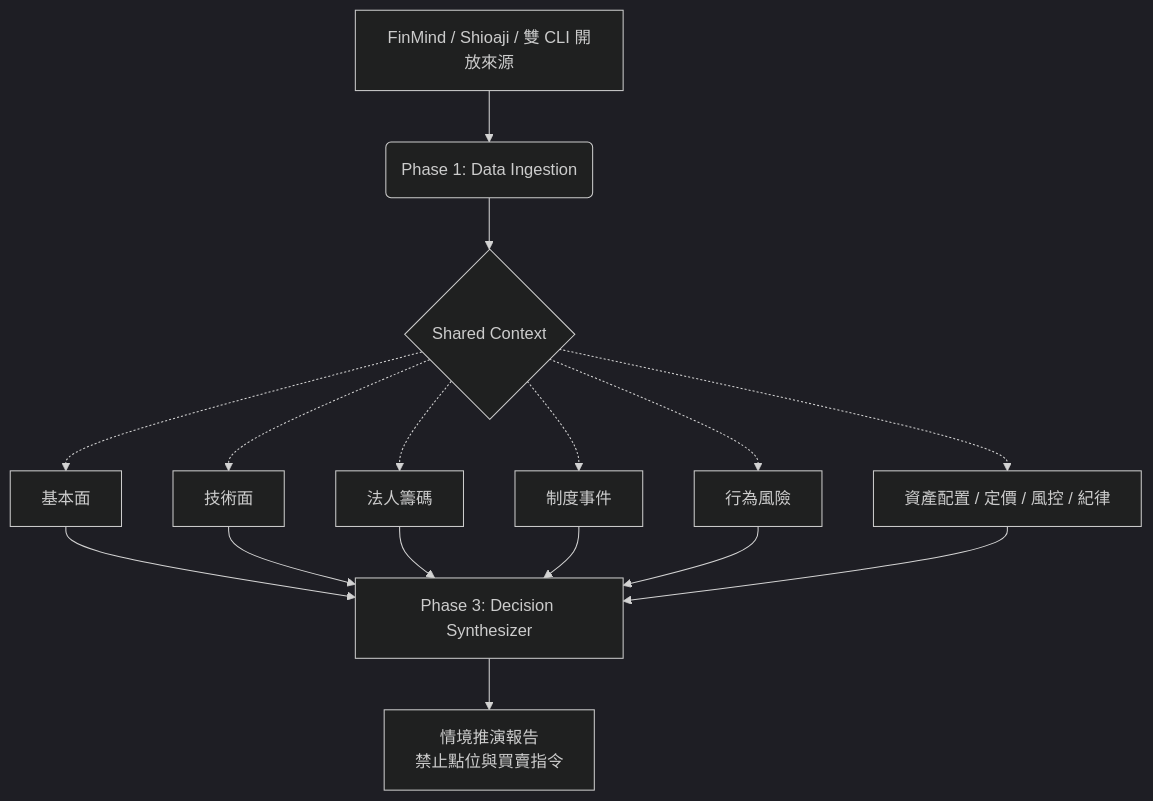
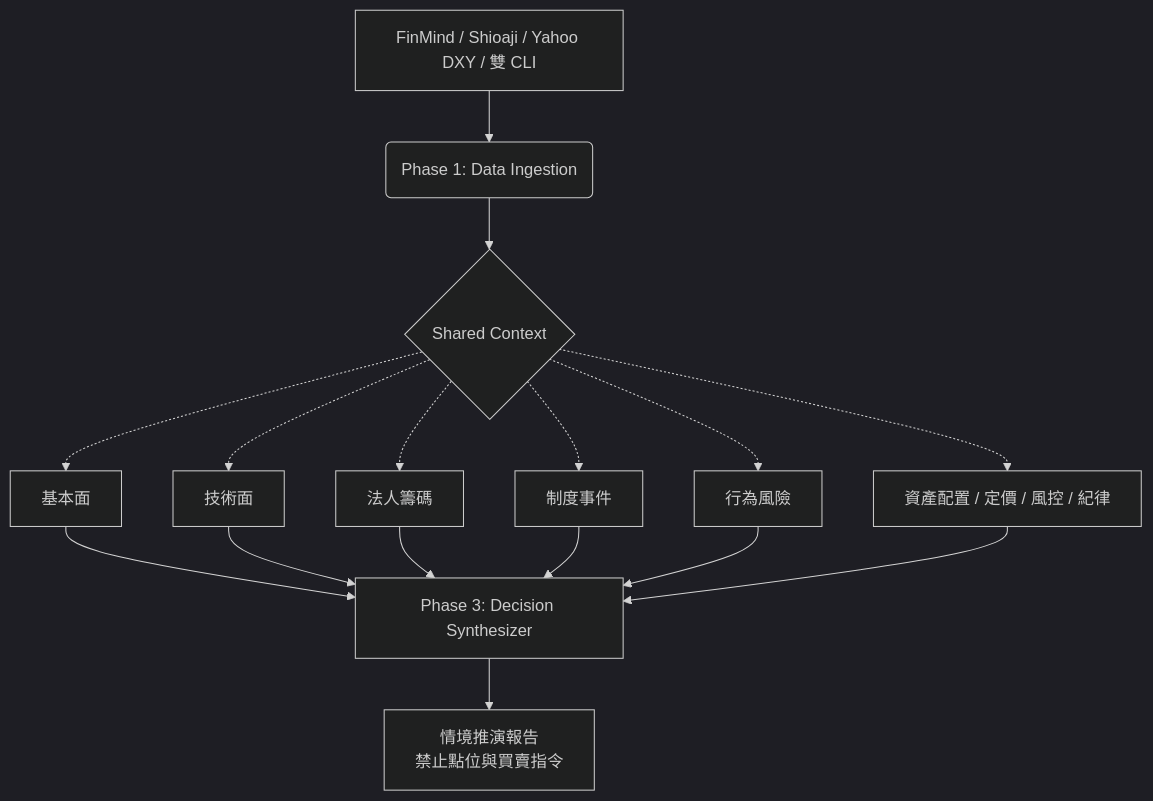
One commit to ergeargwer/twse_multi_agent changed the diagram in README.md. Above: the diagram before and after it, drawn with Mermaid (dark theme). The commit also changed other lines of this file and 2 other files, not shown here.

````diff
--- a/README.md
+++ b/README.md
@@ -17,18 +17,18 @@
 ```mermaid
 graph TD
-    A[FinMind / Shioaji / 雙 CLI 開放來源] --> B(Phase 1: Data Ingestion)
+    A[FinMind / Shioaji / Yahoo DXY / 雙 CLI] --> B(Phase 1: Data Ingestion)
     B --> C{Shared Context}
     C -.-> D[基本面]
     C -.-> E[技術面]
     C -.-> F[法人籌碼]
     C -.-> G[制度事件]
     C -.-> BR[行為風險]
     C -.-> H[資產配置 / 定價 / 風控 / 紀律]
     D --> S[Phase 3: Decision Synthesizer]
     E --> S
     F --> S
     G --> S
     BR --> S
     H --> S
     S --> R[情境推演報告<br/>禁止點位與買賣指令]
 ```
````
